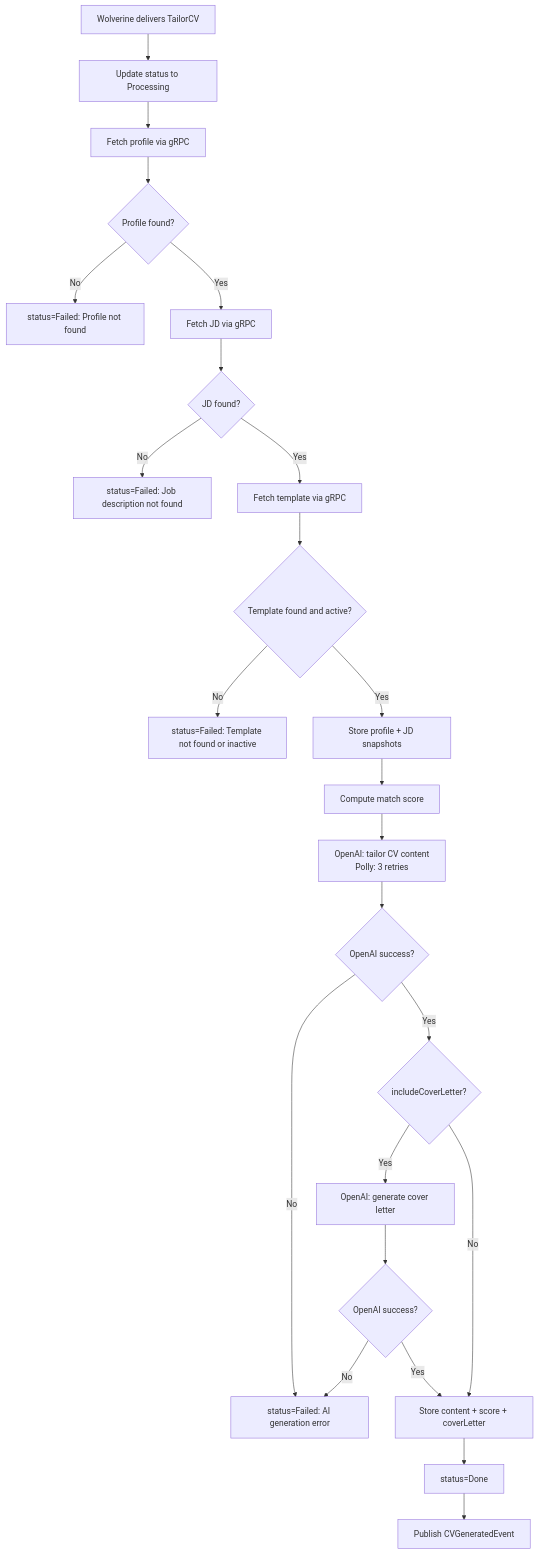
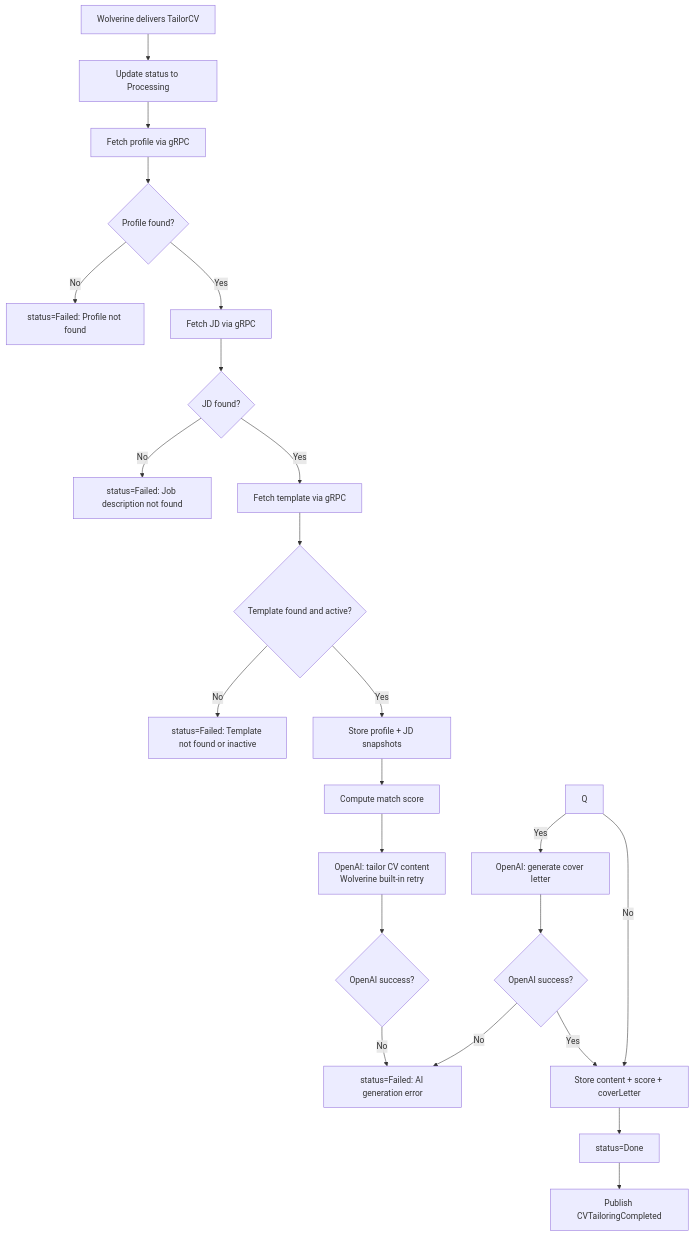
The second of 3 diagrams in docs/features/cv-generator/generate-cv.md (AbanoubPhelopos/TailorCV), drawn with Mermaid before and after one commit. The commit also changed other lines of this file and 189 other files, not shown here.

````diff
--- a/docs/features/cv-generator/generate-cv.md
+++ b/docs/features/cv-generator/generate-cv.md
@@ -279,26 +279,25 @@
 ```mermaid
 flowchart TD
     A[Wolverine delivers TailorCV] --> B[Update status to Processing]
     B --> C[Fetch profile via gRPC]
     C --> D{Profile found?}
     D -->|No| E[status=Failed: Profile not found]
     D -->|Yes| F[Fetch JD via gRPC]
     F --> G{JD found?}
     G -->|No| H[status=Failed: Job description not found]
     G -->|Yes| I[Fetch template via gRPC]
     I --> J{Template found and active?}
     J -->|No| K[status=Failed: Template not found or inactive]
     J -->|Yes| L[Store profile + JD snapshots]
     L --> M[Compute match score]
-    M --> N[OpenAI: tailor CV content<br/>Polly: 3 retries]
+    M --> N[OpenAI: tailor CV content<br/>Wolverine built-in retry]
     N --> O{OpenAI success?}
     O -->|No| P[status=Failed: AI generation error]
-    O -->|Yes| Q{includeCoverLetter?}
     Q -->|Yes| R[OpenAI: generate cover letter]
     R --> S{OpenAI success?}
     S -->|No| P
     S -->|Yes| T[Store content + score + coverLetter]
     Q -->|No| T
     T --> U[status=Done]
-    U --> V[Publish CVGeneratedEvent]
+    U --> V[Publish CVTailoringCompleted]
 ```
````
